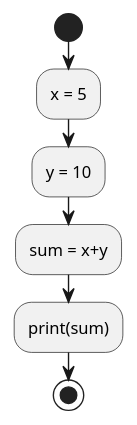
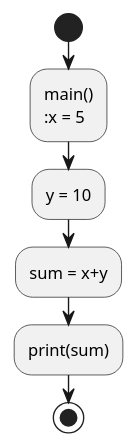
Before and after one commit to anastasijakopic/KK-projekat: the diagram in output/simple.puml, drawn with PlantUML. The commit also changed 32 other files, not shown here.

```diff
--- a/output/simple.puml
+++ b/output/simple.puml
@@ -1,8 +1,9 @@
 @startuml
 start
+:main()
 :x = 5;
 :y = 10;
 :sum = x+y;
 :print(sum);
 stop
 @enduml
```
